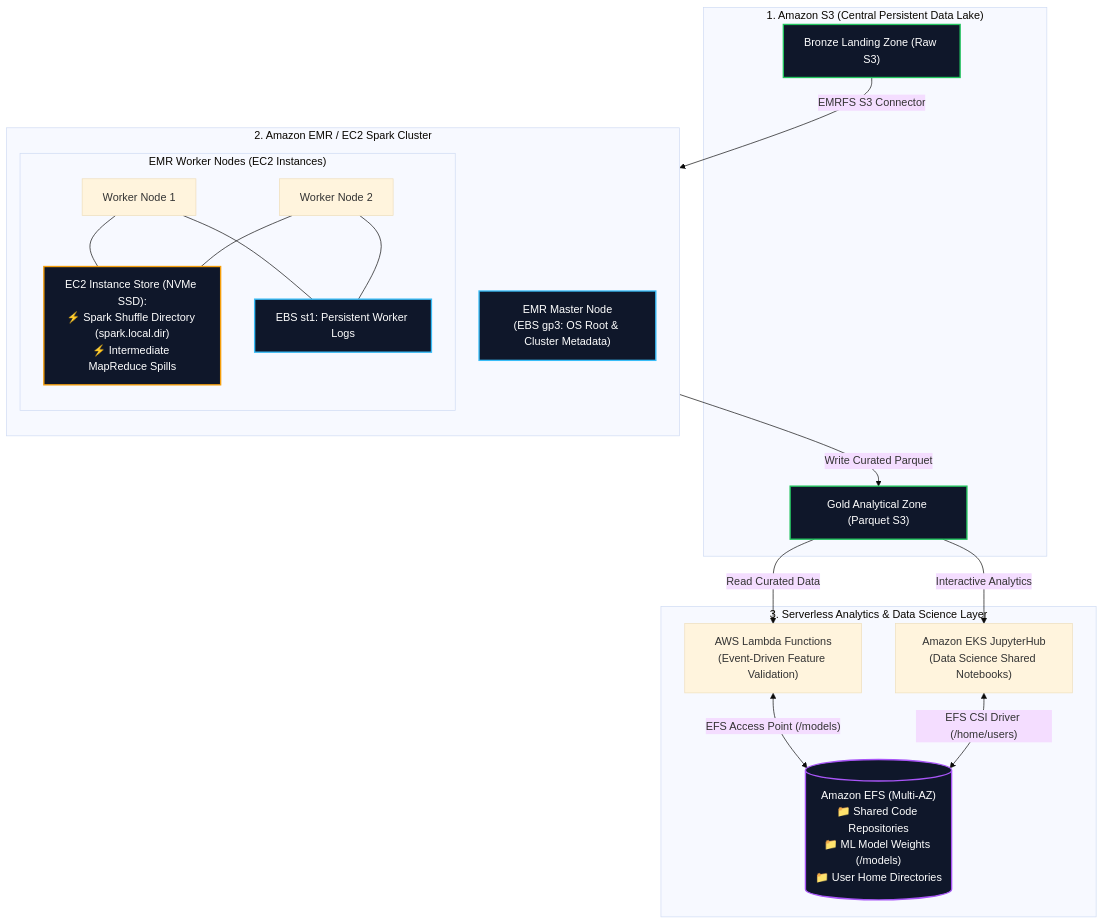
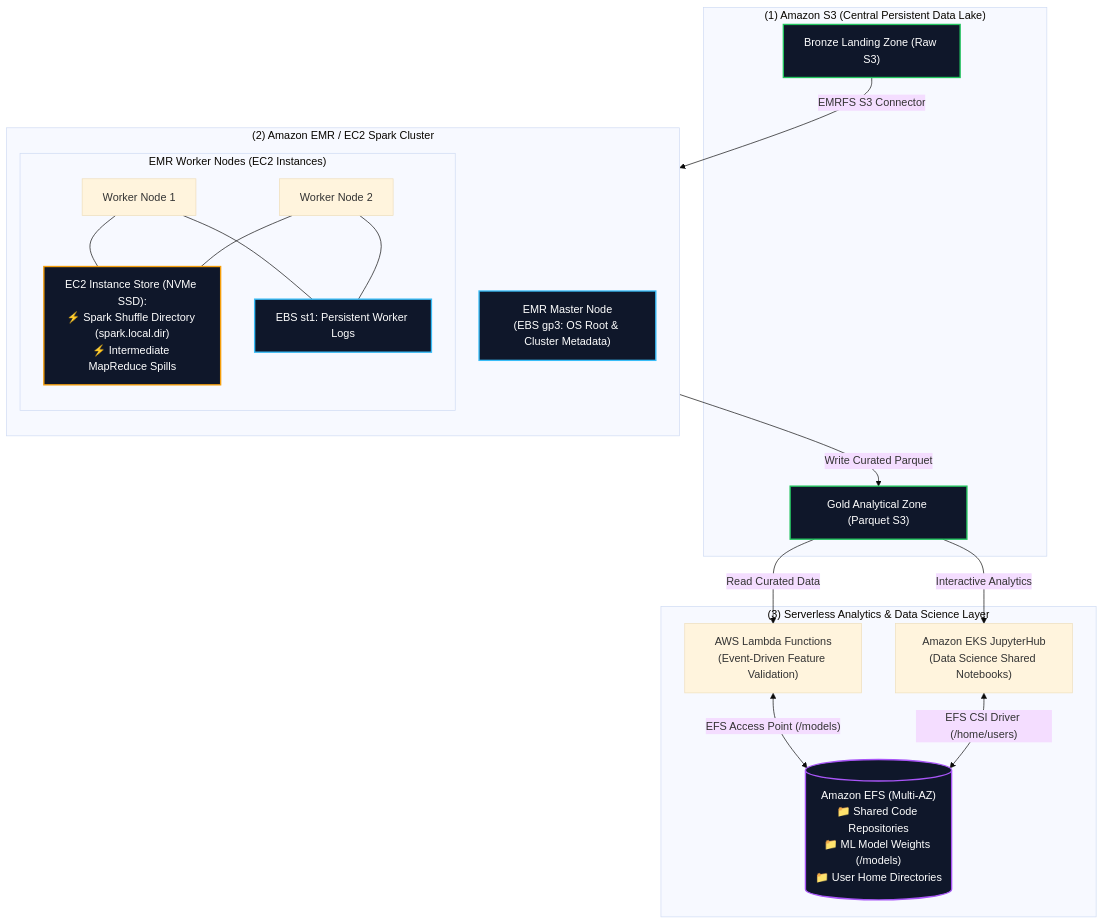
The fourth of 4 diagrams in content/02-services/storage/ebs-vs-efs-vs-instance-store.md (Wathon/aws-dea-c01-note), drawn with Mermaid (base theme) before and after one commit. The commit also changed other lines of this file and 19 other files, not shown here.

Commit message:
fix(mermaid): resolve 'Unsupported markdown: list' rendering issues across all diagram node and edge labels

````diff
--- a/content/02-services/storage/ebs-vs-efs-vs-instance-store.md
+++ b/content/02-services/storage/ebs-vs-efs-vs-instance-store.md
@@ -277,48 +277,48 @@
 ```mermaid
 graph TB
-    subgraph S3DataLake["1. Amazon S3 (Central Persistent Data Lake)"]
+    subgraph S3DataLake["(1) Amazon S3 (Central Persistent Data Lake)"]
         Raw["Bronze Landing Zone (Raw S3)"]
         Curated["Gold Analytical Zone (Parquet S3)"]
     end
 
-    subgraph SparkCluster["2. Amazon EMR / EC2 Spark Cluster"]
+    subgraph SparkCluster["(2) Amazon EMR / EC2 Spark Cluster"]
         direction TB
         MasterNode["EMR Master Node<br/>(EBS gp3: OS Root & Cluster Metadata)"]
         
         subgraph WorkerNodes["EMR Worker Nodes (EC2 Instances)"]
             Worker1["Worker Node 1"]
             Worker2["Worker Node 2"]
             
             EBS_Log["EBS st1: Persistent Worker Logs"]
             NVMe_Shuffle["EC2 Instance Store (NVMe SSD):<br/>⚡ Spark Shuffle Directory (spark.local.dir)<br/>⚡ Intermediate MapReduce Spills"]
             
             Worker1 & Worker2 --- NVMe_Shuffle
             Worker1 & Worker2 --- EBS_Log
         end
     end
 
-    subgraph ServerlessAnalytics["3. Serverless Analytics & Data Science Layer"]
+    subgraph ServerlessAnalytics["(3) Serverless Analytics & Data Science Layer"]
         LambdaETL["AWS Lambda Functions<br/>(Event-Driven Feature Validation)"]
         JupyterEKS["Amazon EKS JupyterHub<br/>(Data Science Shared Notebooks)"]
         
         EFSShared[("Amazon EFS (Multi-AZ)<br/>📁 Shared Code Repositories<br/>📁 ML Model Weights (/models)<br/>📁 User Home Directories")]
         
         LambdaETL <-->|"EFS Access Point (/models)"| EFSShared
         JupyterEKS <-->|"EFS CSI Driver (/home/users)"| EFSShared
     end
 
     Raw -->|"EMRFS S3 Connector"| Worker1
     Worker1 -->|"Write Curated Parquet"| Curated
     Curated -->|"Read Curated Data"| LambdaETL
     Curated -->|"Interactive Analytics"| JupyterEKS
 
     classDef s3 fill:#0f172a,stroke:#22c55e,stroke-width:2px,color:#fff;
     classDef ebs fill:#0f172a,stroke:#38bdf8,stroke-width:2px,color:#fff;
     classDef efs fill:#0f172a,stroke:#a855f7,stroke-width:2px,color:#fff;
     classDef inst fill:#0f172a,stroke:#f59e0b,stroke-width:2px,color:#fff;
 
     class Raw,Curated s3;
     class MasterNode,EBS_Log ebs;
     class NVMe_Shuffle inst;
     class EFSShared efs;
 ```
````
